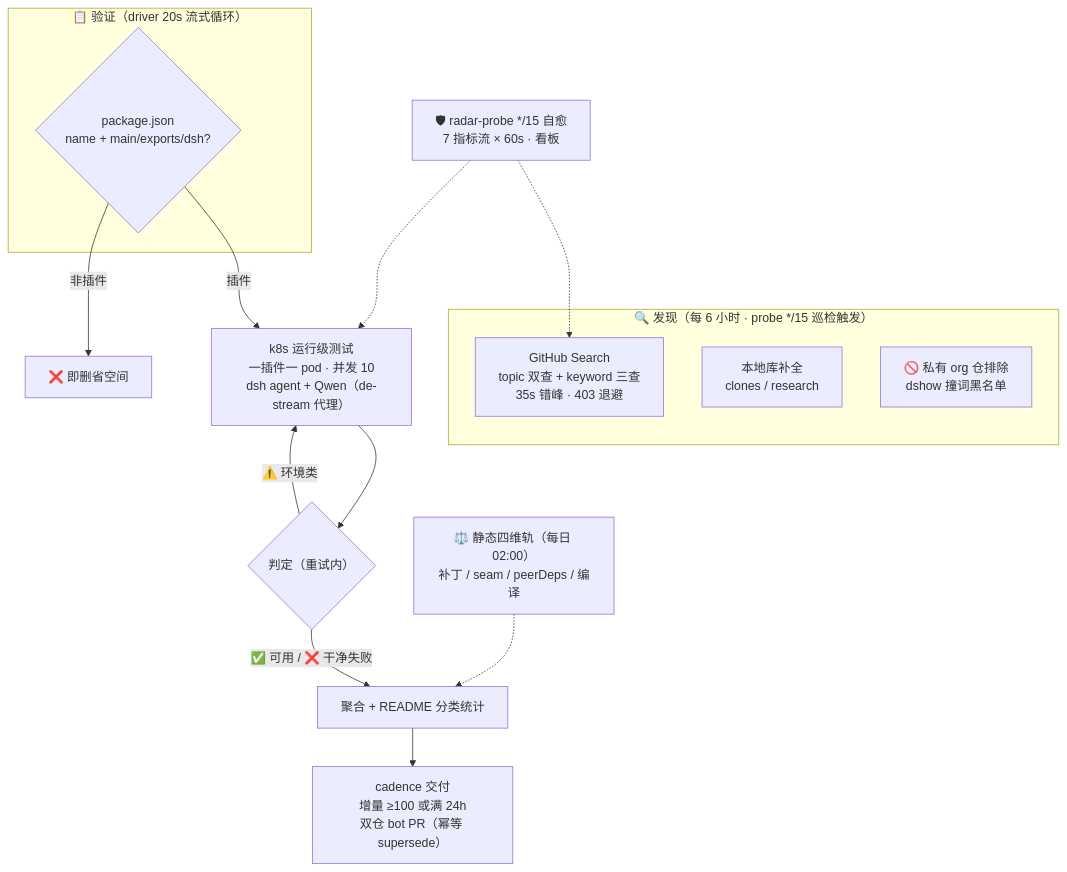
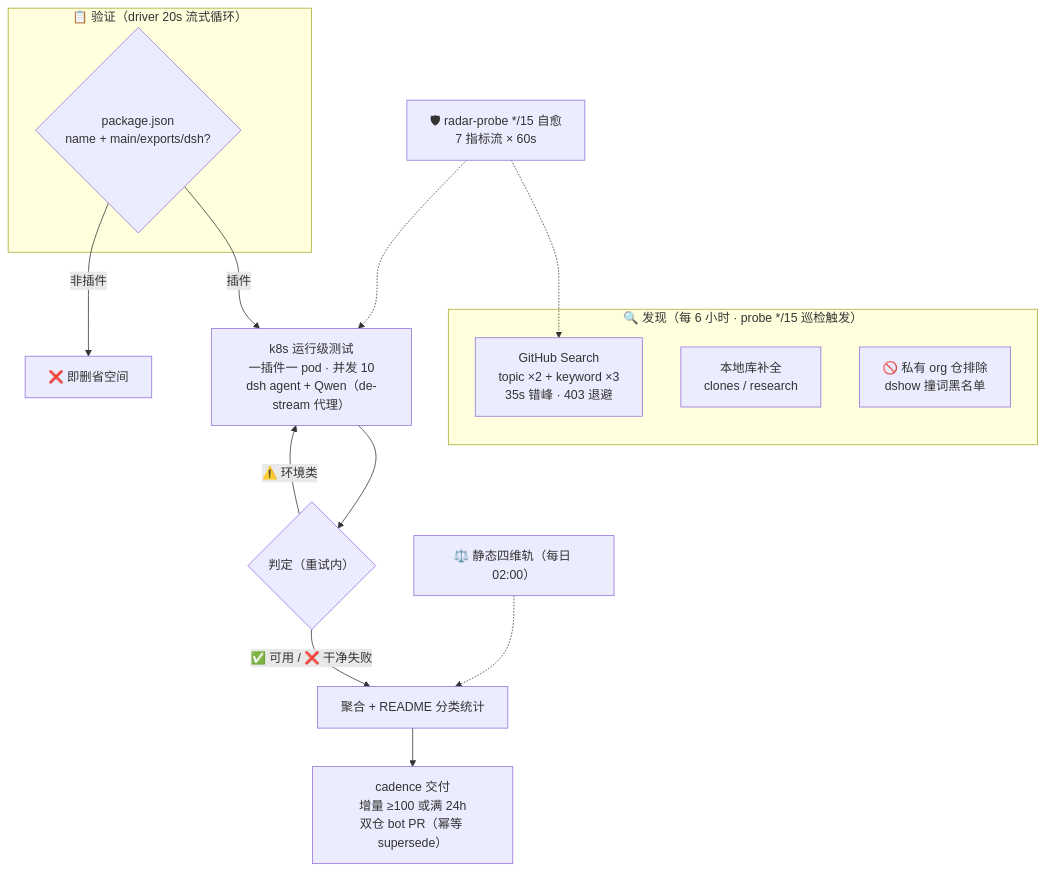
The diagram in README.md (YEYEYEYESHIFU/awesome-dsh-plugins), drawn with Mermaid before and after one commit. The commit also changed other lines of this file, not shown here.

Commit message:
refactor: 工作原理图改为生成器方案（AUTO:pipeline 标记块；参数真值源=脚本常量：topic×2/kw×3/35s/CAP10/batch100/7流60s）

````diff
--- a/README.md
+++ b/README.md
@@ -16,20 +17,20 @@
 ```mermaid
 flowchart TB
     subgraph Discovery["🔍 发现（每 6 小时 · probe */15 巡检触发）"]
-        A1["GitHub Search<br/>topic 双查 + keyword 三查<br/>35s 错峰 · 403 退避"]
+        A1["GitHub Search<br/>topic ×2 + keyword ×3<br/>35s 错峰 · 403 退避"]
         A2["本地库补全<br/>clones / research"]
         A3["🚫 私有 org 仓排除<br/>dshow 撞词黑名单"]
     end
     subgraph Validation["📋 验证（driver 20s 流式循环）"]
         B1{"package.json<br/>name + main/exports/dsh?"}
     end
     B1 -->|插件| C1["k8s 运行级测试<br/>一插件一 pod · 并发 10<br/>dsh agent + Qwen（de-stream 代理）"]
     B1 -->|非插件| B3["❌ 即删省空间"]
     C1 --> D1{"判定（重试内）"}
     D1 -->|✅ 可用 / ❌ 干净失败| E1["聚合 + README 分类统计"]
     D1 -->|⚠️ 环境类| C1
     E1 --> E2["cadence 交付<br/>增量 ≥100 或满 24h<br/>双仓 bot PR（幂等 supersede）"]
-    S["⚖️ 静态四维轨（每日 02:00）<br/>补丁 / seam / peerDeps / 编译"] -.-> E1
-    M["🛡 radar-probe */15 自愈<br/>7 指标流 × 60s · 看板"] -.-> A1
+    S["⚖️ 静态四维轨（每日 02:00）"] -.-> E1
+    M["🛡 radar-probe */15 自愈<br/>7 指标流 × 60s"] -.-> A1
     M -.-> C1
 ```
````
